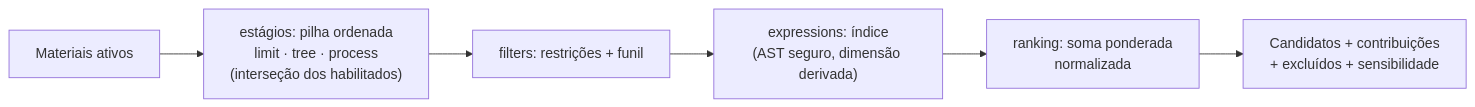
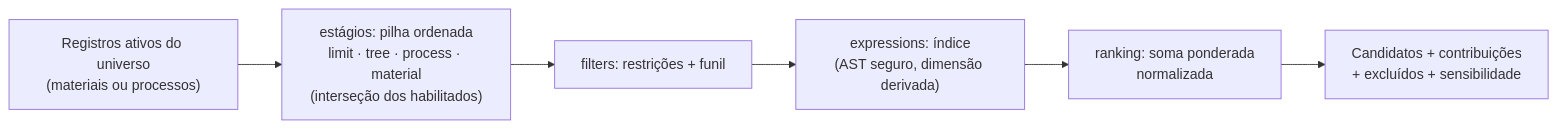
One commit to Streeft/MaterialSelect-AI changed the fourth of 8 diagrams in docs/ARCHITECTURE.md. Above: the diagram before and after it, drawn with Mermaid. The commit also changed other lines of this file and 7 other files, not shown here.

````diff
--- a/docs/ARCHITECTURE.md
+++ b/docs/ARCHITECTURE.md
@@ -215,8 +215,8 @@
 ```mermaid
 flowchart LR
-  A["Materiais ativos"] --> S["estágios: pilha ordenada<br/>limit · tree · process<br/>(interseção dos habilitados)"]
+  A["Registros ativos do universo<br/>(materiais ou processos)"] --> S["estágios: pilha ordenada<br/>limit · tree · process · material<br/>(interseção dos habilitados)"]
   S --> B["filters: restrições + funil"]
   B --> C["expressions: índice<br/>(AST seguro, dimensão derivada)"]
   C --> D["ranking: soma ponderada<br/>normalizada"]
   D --> E["Candidatos + contribuições<br/>+ excluídos + sensibilidade"]
 ```
````
